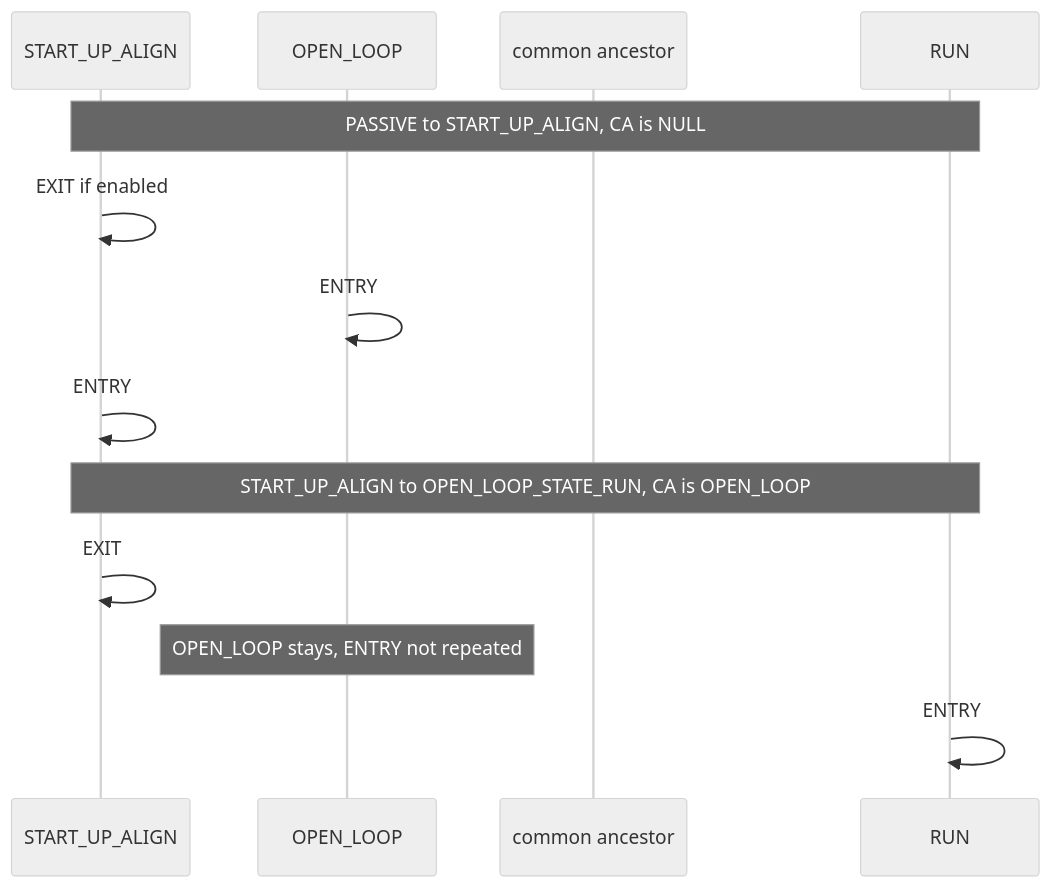
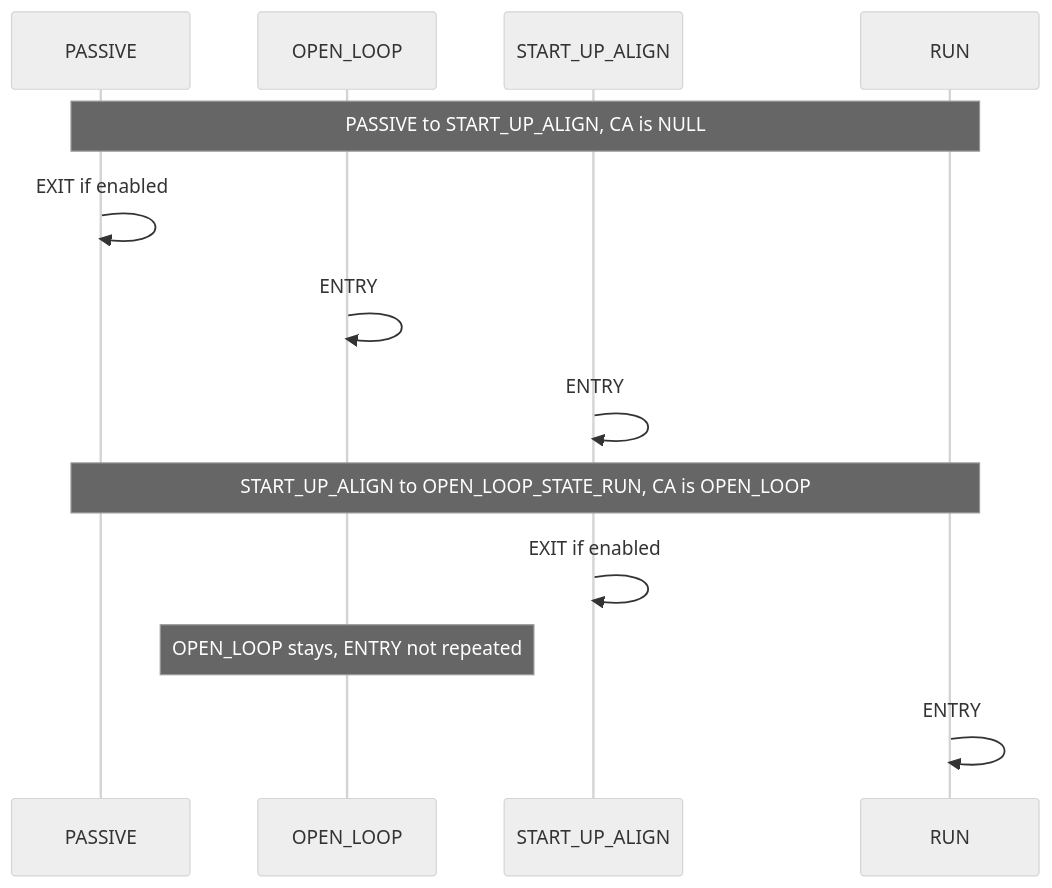
The eighth of 18 diagrams in Framework/StateMachine/Architecture.md (FireSourcery/FireSourcery_Library), drawn with Mermaid (neutral theme) before and after one commit. The commit also changed other lines of this file and 47 other files, not shown here.

````diff
--- a/Framework/StateMachine/Architecture.md
+++ b/Framework/StateMachine/Architecture.md
@@ -205,17 +210,17 @@
 ```mermaid
 sequenceDiagram
+    participant Old as PASSIVE
+    participant Root as OPEN_LOOP
     participant Leaf as START_UP_ALIGN
-    participant Root as OPEN_LOOP
-    participant CA as common ancestor
     participant New as RUN
 
-    Note over Leaf,New: PASSIVE to START_UP_ALIGN, CA is NULL
-    Leaf->>Leaf: EXIT if enabled
+    Note over Old,New: PASSIVE to START_UP_ALIGN, CA is NULL
+    Old->>Old: EXIT if enabled
     Root->>Root: ENTRY
     Leaf->>Leaf: ENTRY
 
-    Note over Leaf,New: START_UP_ALIGN to OPEN_LOOP_STATE_RUN, CA is OPEN_LOOP
-    Leaf->>Leaf: EXIT
+    Note over Old,New: START_UP_ALIGN to OPEN_LOOP_STATE_RUN, CA is OPEN_LOOP
+    Leaf->>Leaf: EXIT if enabled
     Note over Root: OPEN_LOOP stays, ENTRY not repeated
     New->>New: ENTRY
 ```
````
